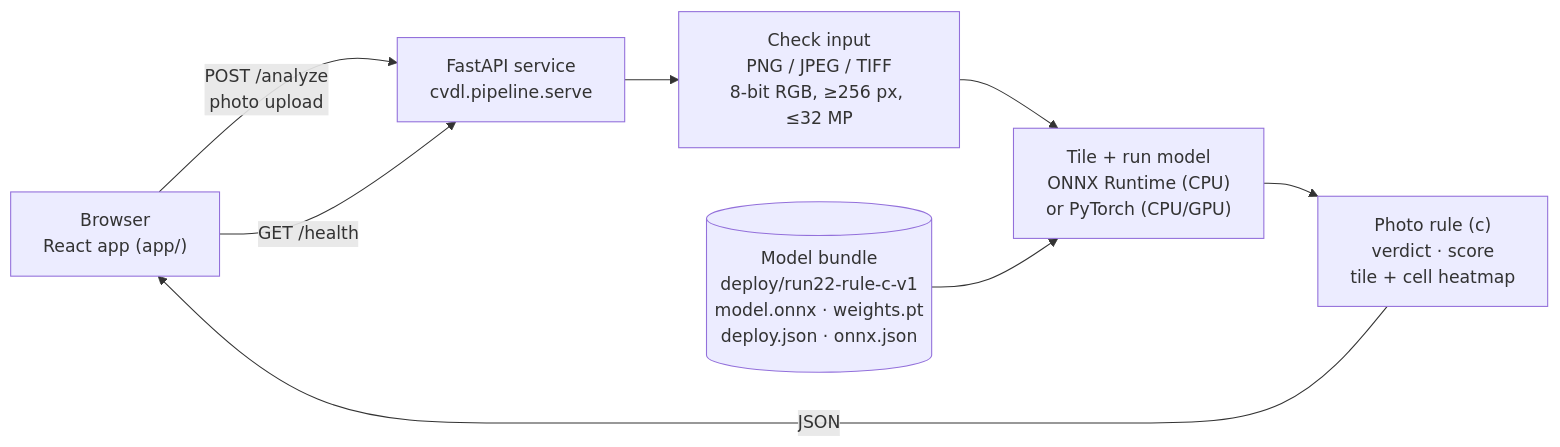
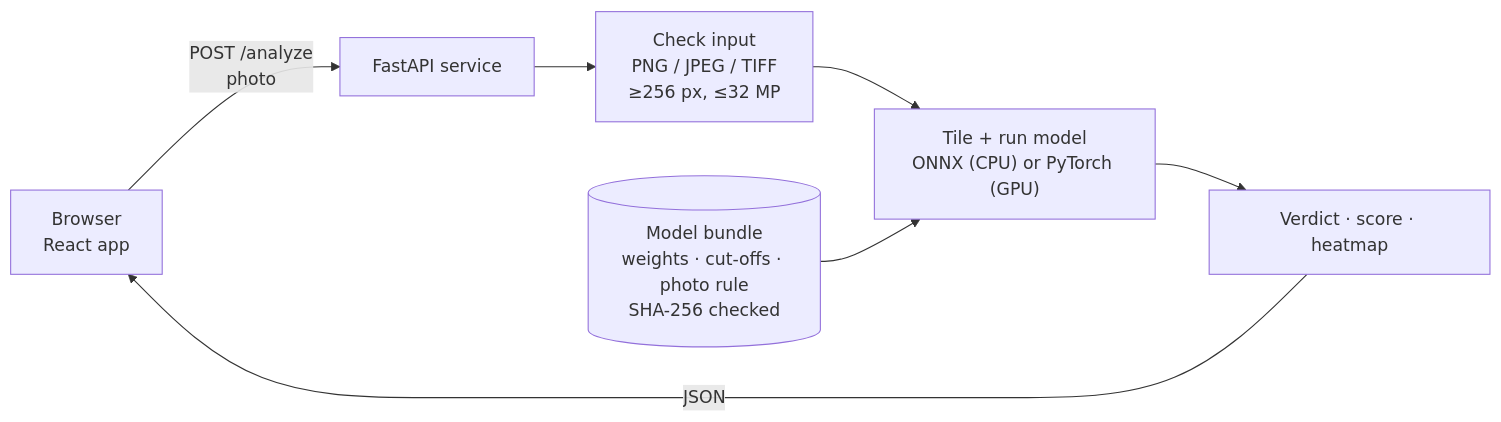
The third of 3 diagrams in README.md (alvinto27/AAI3001-CVDL), drawn with Mermaid before and after one commit. The commit also changed other lines of this file and 1 other file, not shown here.

````diff
--- a/README.md
+++ b/README.md
@@ -319,10 +422,9 @@
 ```mermaid
 flowchart LR
-    U["Browser<br/>React app (app/)"] -- "POST /analyze<br/>photo upload" --> S["FastAPI service<br/>cvdl.pipeline.serve"]
-    U -- "GET /health" --> S
-    S --> V["Check input<br/>PNG / JPEG / TIFF<br/>8-bit RGB, ≥256 px, ≤32 MP"]
-    V --> T["Tile + run model<br/>ONNX Runtime (CPU)<br/>or PyTorch (CPU/GPU)"]
-    B[("Model bundle<br/>deploy/run22-rule-c-v1<br/>model.onnx · weights.pt<br/>deploy.json · onnx.json")] --> T
-    T --> R["Photo rule (c)<br/>verdict · score<br/>tile + cell heatmap"]
+    U["Browser<br/>React app"] -- "POST /analyze<br/>photo" --> S["FastAPI service"]
+    S --> V["Check input<br/>PNG / JPEG / TIFF<br/>≥256 px, ≤32 MP"]
+    V --> T["Tile + run model<br/>ONNX (CPU) or PyTorch (GPU)"]
+    B[("Model bundle<br/>weights · cut-offs · photo rule<br/>SHA-256 checked")] --> T
+    T --> R["Verdict · score · heatmap"]
     R -- JSON --> U
 ```
````
